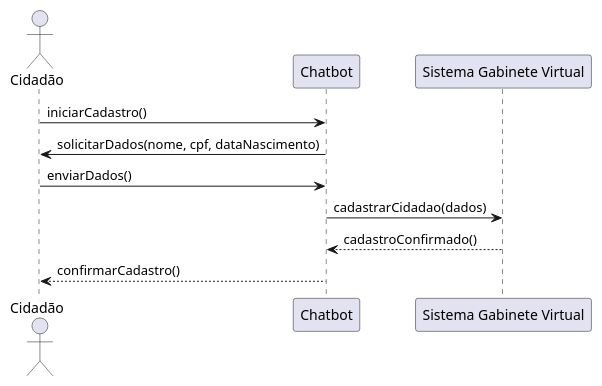
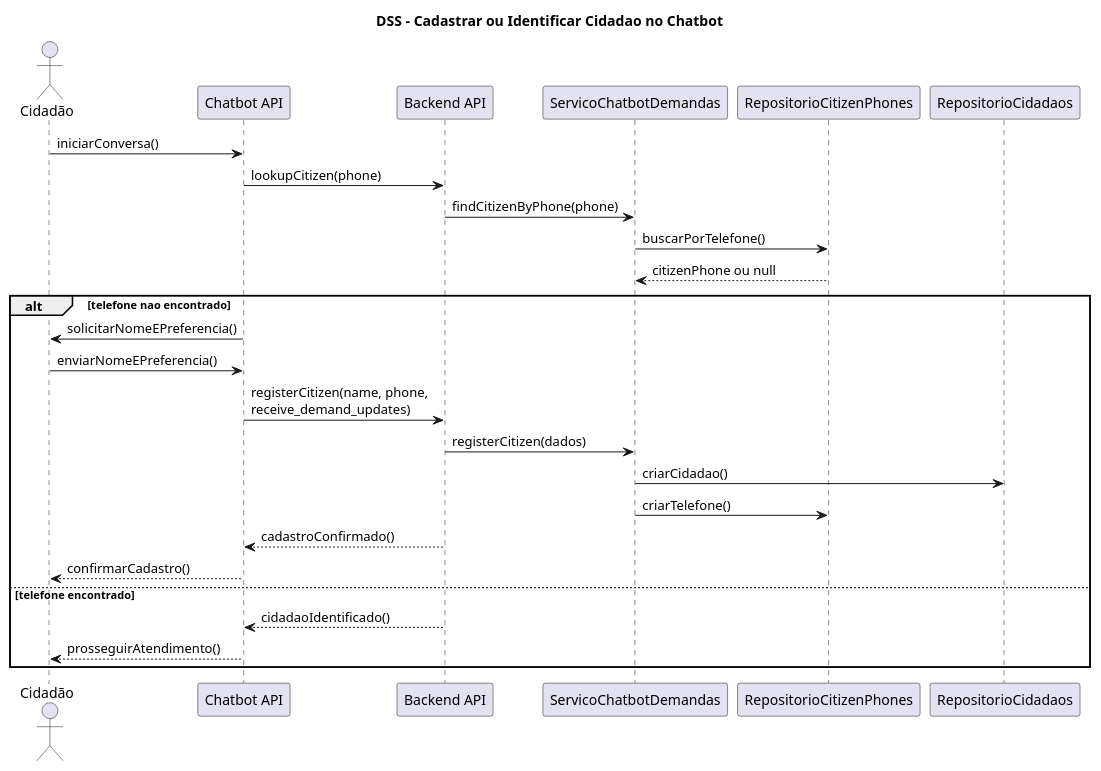
One commit to ICEI-PUC-Minas-PPLES-TI/plf-es-2025-2-tcci-0393100-dev-bernardo-biondini changed the diagram in Artefatos/DSS/chatbot-cadastrar-cidadao.puml. Above: the diagram before and after it, drawn with PlantUML. The commit also changed 96 other files, not shown here.

Commit message:
Remoção de casos de uso e diagramas desnecessários e adaptações dos diagramas ao contexo atual do projeto

```diff
--- a/Artefatos/DSS/chatbot-cadastrar-cidadao.puml
+++ b/Artefatos/DSS/chatbot-cadastrar-cidadao.puml
@@ -1,12 +1,30 @@
 @startuml
+title DSS - Cadastrar ou Identificar Cidadao no Chatbot
+
 actor Cidadão
-participant "Chatbot" as Chatbot
-participant "Sistema Gabinete Virtual" as Sistema
+participant "Chatbot API" as Chatbot
+participant "Backend API" as Sistema
+participant "ServicoChatbotDemandas" as Service
+participant "RepositorioCitizenPhones" as Phones
+participant "RepositorioCidadaos" as Citizens
 
-Cidadão -> Chatbot : iniciarCadastro()
-Chatbot -> Cidadão : solicitarDados(nome, cpf, dataNascimento)
-Cidadão -> Chatbot : enviarDados()
-Chatbot -> Sistema : cadastrarCidadao(dados)
-Sistema --> Chatbot : cadastroConfirmado()
-Chatbot --> Cidadão : confirmarCadastro()
+Cidadão -> Chatbot : iniciarConversa()
+Chatbot -> Sistema : lookupCitizen(phone)
+Sistema -> Service : findCitizenByPhone(phone)
+Service -> Phones : buscarPorTelefone()
+Phones --> Service : citizenPhone ou null
+
+alt telefone nao encontrado
+  Chatbot -> Cidadão : solicitarNomeEPreferencia()
+  Cidadão -> Chatbot : enviarNomeEPreferencia()
+  Chatbot -> Sistema : registerCitizen(name, phone,\nreceive_demand_updates)
+  Sistema -> Service : registerCitizen(dados)
+  Service -> Citizens : criarCidadao()
+  Service -> Phones : criarTelefone()
+  Sistema --> Chatbot : cadastroConfirmado()
+  Chatbot --> Cidadão : confirmarCadastro()
+else telefone encontrado
+  Sistema --> Chatbot : cidadaoIdentificado()
+  Chatbot --> Cidadão : prosseguirAtendimento()
+end
 @enduml
```
